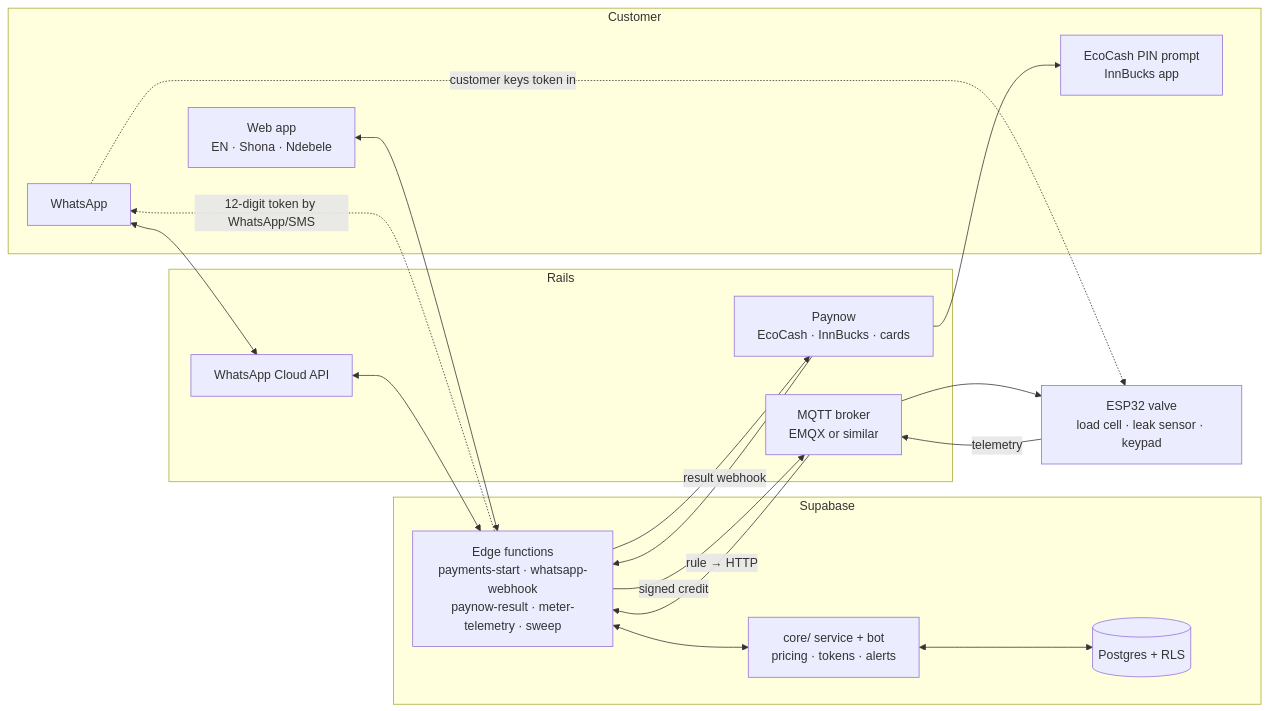
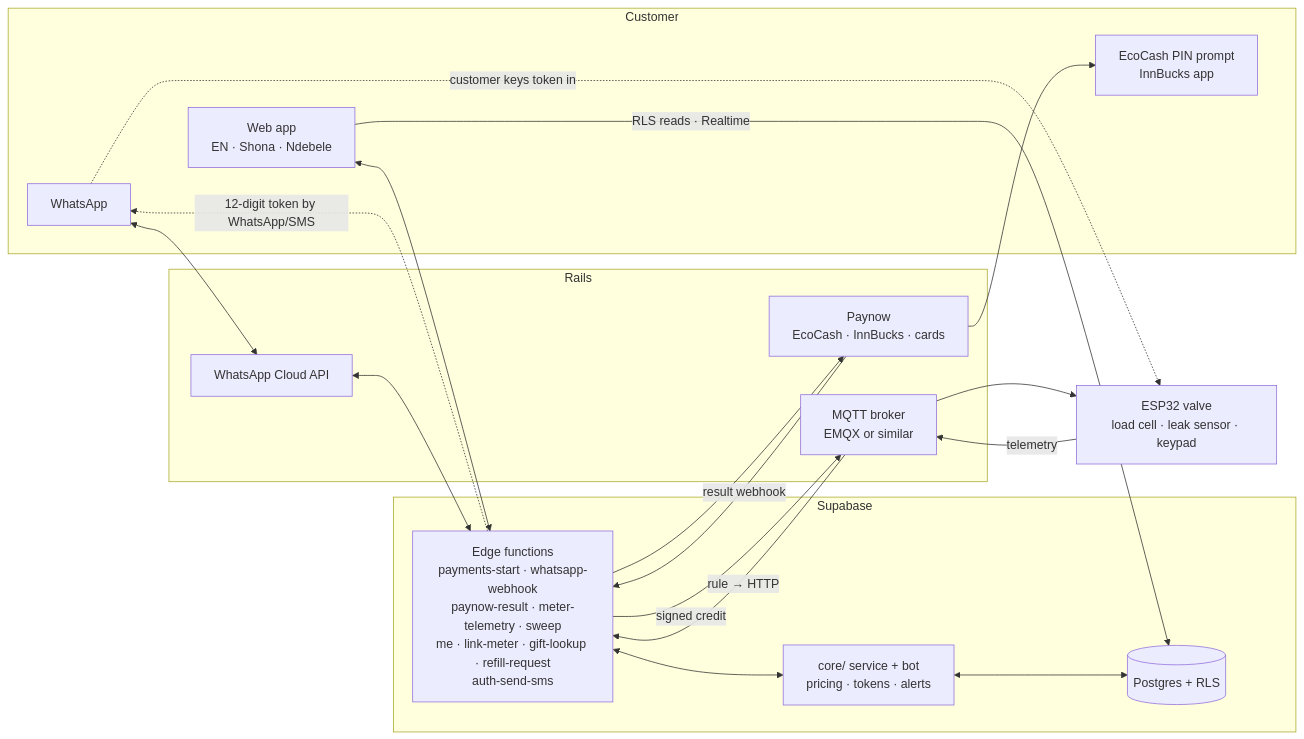
Before and after one commit to zimhwani/my-agents: the diagram in gasguys/docs/integration-map.md, drawn with Mermaid. The commit also changed other lines of this file and 34 other files, not shown here.

````diff
--- a/gasguys/docs/integration-map.md
+++ b/gasguys/docs/integration-map.md
@@ -15,29 +15,30 @@
 ```mermaid
 flowchart LR
   subgraph Customer
     WA[WhatsApp]
     WEB[Web app<br/>EN · Shona · Ndebele]
     PHONE[EcoCash PIN prompt<br/>InnBucks app]
   end
   subgraph Gasguys backend [Supabase]
-    FN[Edge functions<br/>payments-start · whatsapp-webhook<br/>paynow-result · meter-telemetry · sweep]
+    FN[Edge functions<br/>payments-start · whatsapp-webhook<br/>paynow-result · meter-telemetry · sweep<br/>me · link-meter · gift-lookup · refill-request<br/>auth-send-sms]
     CORE[core/ service + bot<br/>pricing · tokens · alerts]
     DB[(Postgres + RLS)]
   end
   subgraph Rails
     PAYNOW[Paynow<br/>EcoCash · InnBucks · cards]
     META[WhatsApp Cloud API]
     MQTT[MQTT broker<br/>EMQX or similar]
   end
   VALVE[ESP32 valve<br/>load cell · leak sensor · keypad]
 
   WA <--> META <--> FN
   WEB <--> FN
+  WEB -- RLS reads · Realtime --> DB
   FN --> PAYNOW --> PHONE
   PAYNOW -- result webhook --> FN
   FN <--> CORE <--> DB
   FN -- signed credit --> MQTT --> VALVE
   VALVE -- telemetry --> MQTT -- rule → HTTP --> FN
   FN -. 12-digit token by WhatsApp/SMS .-> WA
   WA -. customer keys token in .-> VALVE
 ```
````
